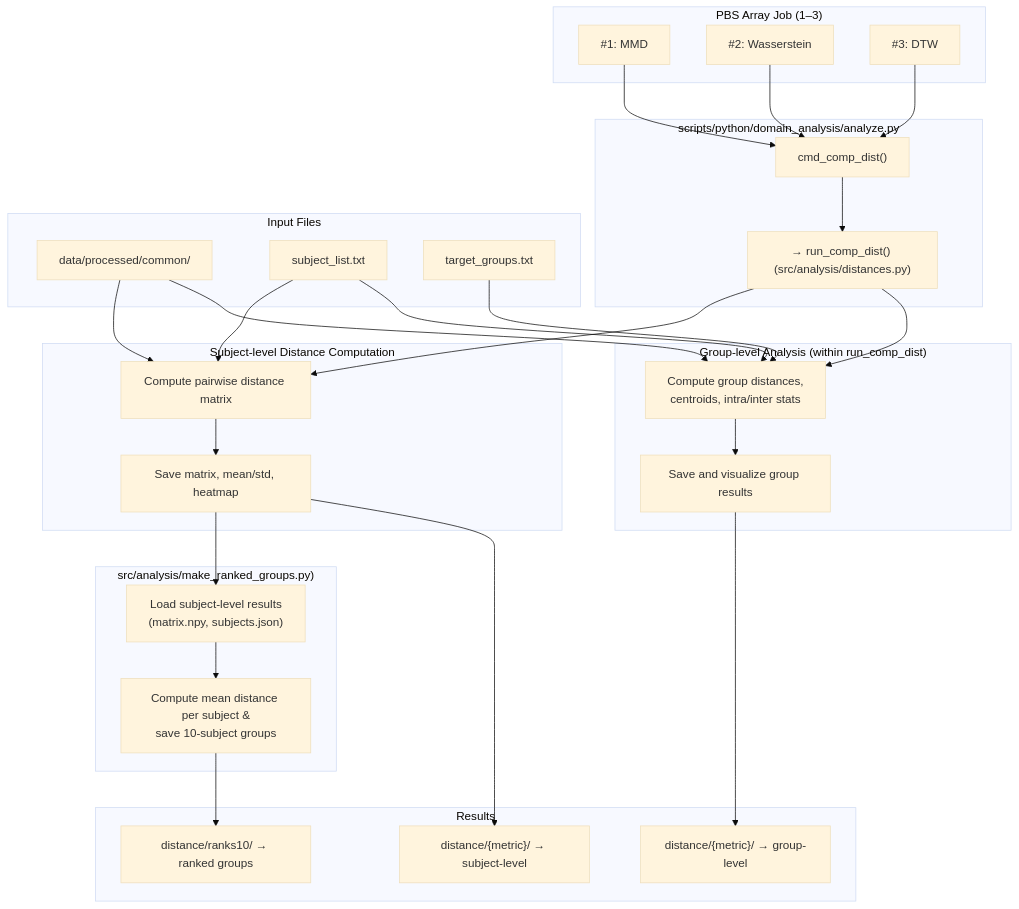
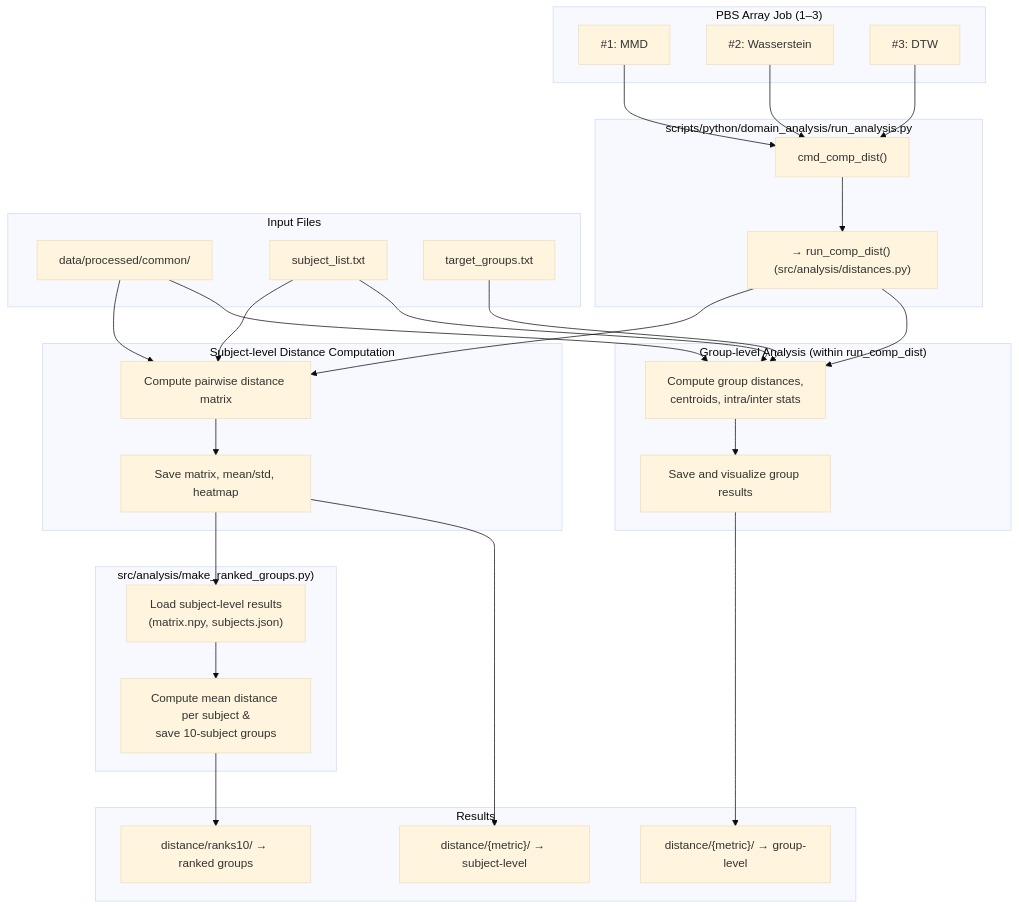
Before and after one commit to YutaroNakagama/vehicle_based_DDD_comparison: the fifth of 7 diagrams in docs/source/guide/developer_guide.md, drawn with Mermaid (base theme). The commit also changed other lines of this file and 5 other files, not shown here.

First line of the commit message:
refactor: rename and externalize analyze.py → run_analysis.py

````diff
--- a/docs/source/guide/developer_guide.md
+++ b/docs/source/guide/developer_guide.md
@@ -241,52 +241,52 @@
 ```mermaid
 flowchart TB
 
 subgraph PBS["PBS Array Job (1–3)"]
   A1["#1: MMD"]
   A2["#2: Wasserstein"]
   A3["#3: DTW"]
 end
 
-subgraph CLI["scripts/python/domain_analysis/analyze.py"]
+subgraph CLI["scripts/python/domain_analysis/run_analysis.py"]
   B1["cmd_comp_dist()"]
   B2["→ run_comp_dist() (src/analysis/distances.py)"]
 end
 
 subgraph Input["Input Files"]
   C1["data/processed/common/"]
   C2["subject_list.txt"]
   C3["target_groups.txt"]
 end
 
 subgraph Stage1["Subject-level Distance Computation"]
   D1["Compute pairwise distance matrix"]
   D2["Save matrix, mean/std, heatmap"]
 end
 
 subgraph Stage2["Group-level Analysis (within run_comp_dist)"]
   E2["Compute group distances,<br/>centroids, intra/inter stats"]
   E3["Save and visualize group results"]
 end
 
 subgraph Stage3["src/analysis/make_ranked_groups.py)"]
   F2["Load subject-level results<br/>(matrix.npy, subjects.json)"]
   F3["Compute mean distance per subject &<br/>save 10-subject groups"]
 end
 
 subgraph Output["Results"]
   G1["distance/{metric}/ → subject-level"]
   G2["distance/{metric}/ → group-level"]
   G3["distance/ranks10/ → ranked groups"]
 end
 
 A1 & A2 & A3 --> B1 --> B2
 B2 --> D1 & E2
 C1 & C2 --> D1 --> D2
 C1 & C2 & C3 --> E2 --> E3
 D2 --> F2
 F2 --> F3
 D2 --> G1
 E3 --> G2
 F3 --> G3
 
 ```
````
